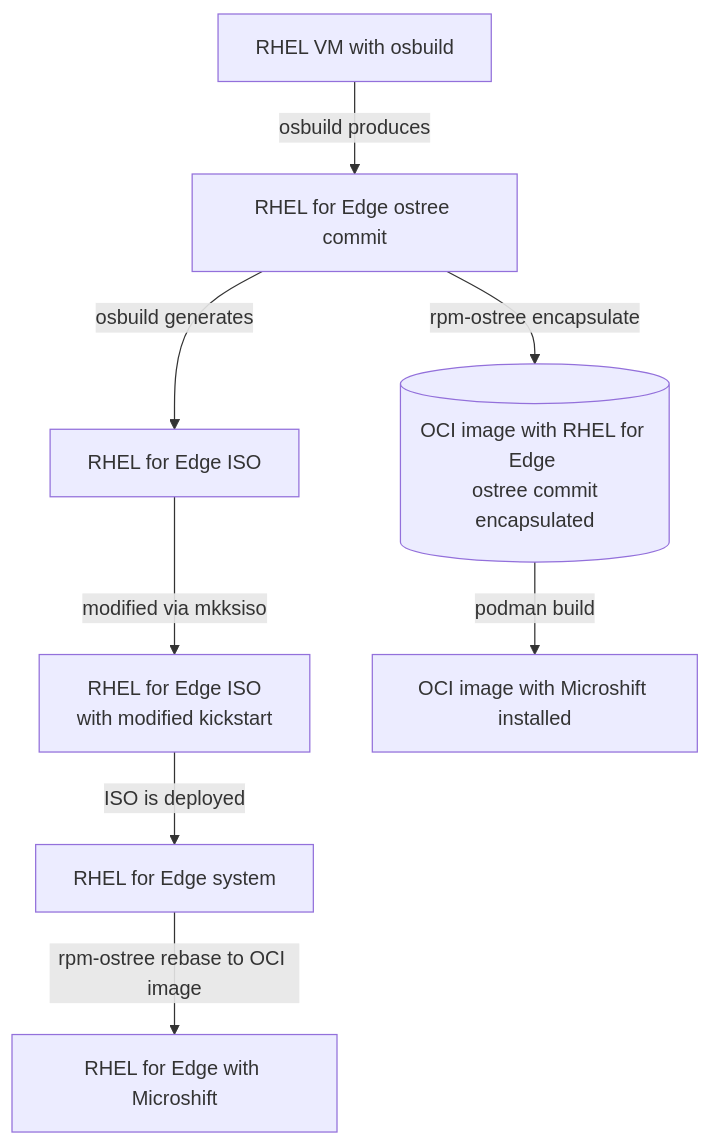
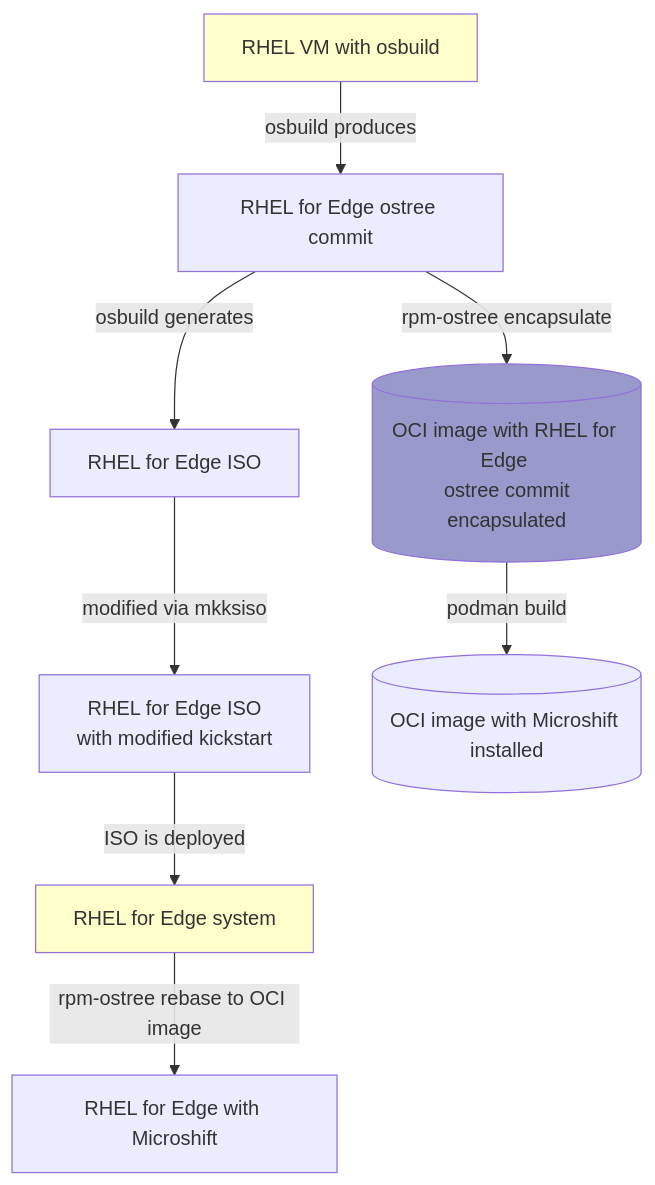
Before and after one commit to miabbott/r4e-microshift-demo: the diagram in README.md, drawn with Mermaid.

Commit message:
sytling with classes

````diff
--- a/README.md
+++ b/README.md
@@ -15,13 +15,16 @@
 ```mermaid
 flowchart TD;
   id1[RHEL VM with osbuild]-->|osbuild produces|id2[RHEL for Edge ostree commit];
   id2-->|osbuild generates|id3[RHEL for Edge ISO];
   id3-->|modified via mkksiso|id4[RHEL for Edge ISO <br/> with modified kickstart];
   id4-->|ISO is deployed|id5[RHEL for Edge system];
   id2-->|rpm-ostree encapsulate|id6[(OCI image with RHEL for Edge <br/> ostree commit encapsulated)];
-  id6-->|podman build|id7[OCI image with Microshift installed];
+  id6-->|podman build|id7[(OCI image with Microshift installed)];
   id5-->|rpm-ostree rebase to OCI image|id8[RHEL for Edge with Microshift];
 
-  class id1 fill:#ffc
-  class id6 fill:#99c
+  classDef vm fill:#ffc
+  classDef ctr fill:#99c
+
+  class id1,id5 vm
+  class id6,id6 ctr
 ```
````
